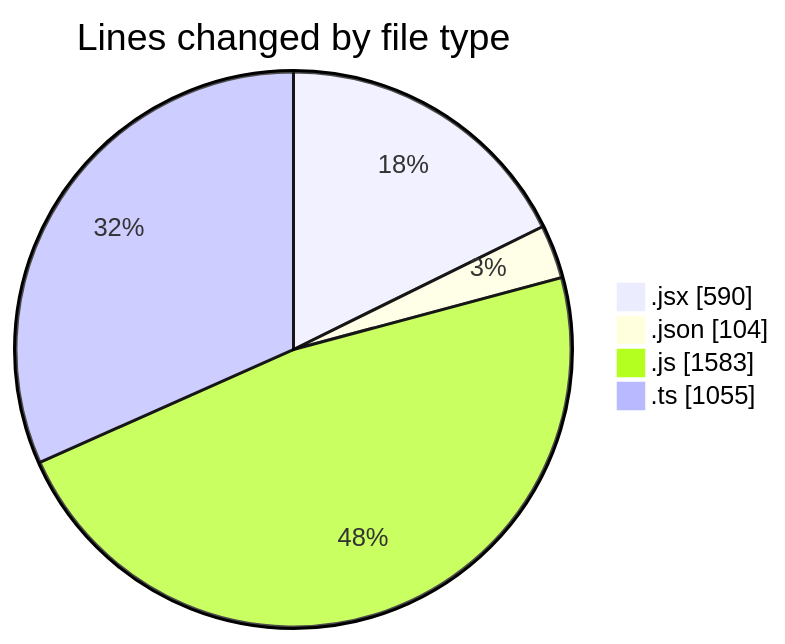
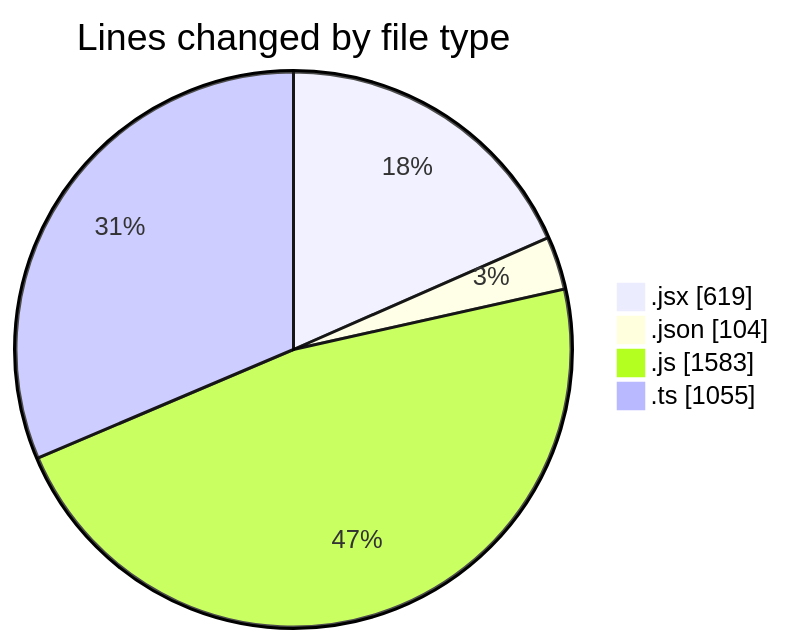
The first of 2 diagrams in 2025-05-19/cda/README.md (momahboobian/code-tracking), drawn with Mermaid before and after one commit. The commit also changed other lines of this file and 1 other file, not shown here.

````diff
--- a/2025-05-19/cda/README.md
+++ b/2025-05-19/cda/README.md
@@ -28,8 +28,8 @@
 ```mermaid
 pie showData
 title Lines changed by file type
-".jsx" : 590
+".jsx" : 619
 ".json" : 104
 ".js" : 1583
 ".ts" : 1055
 ```
````
